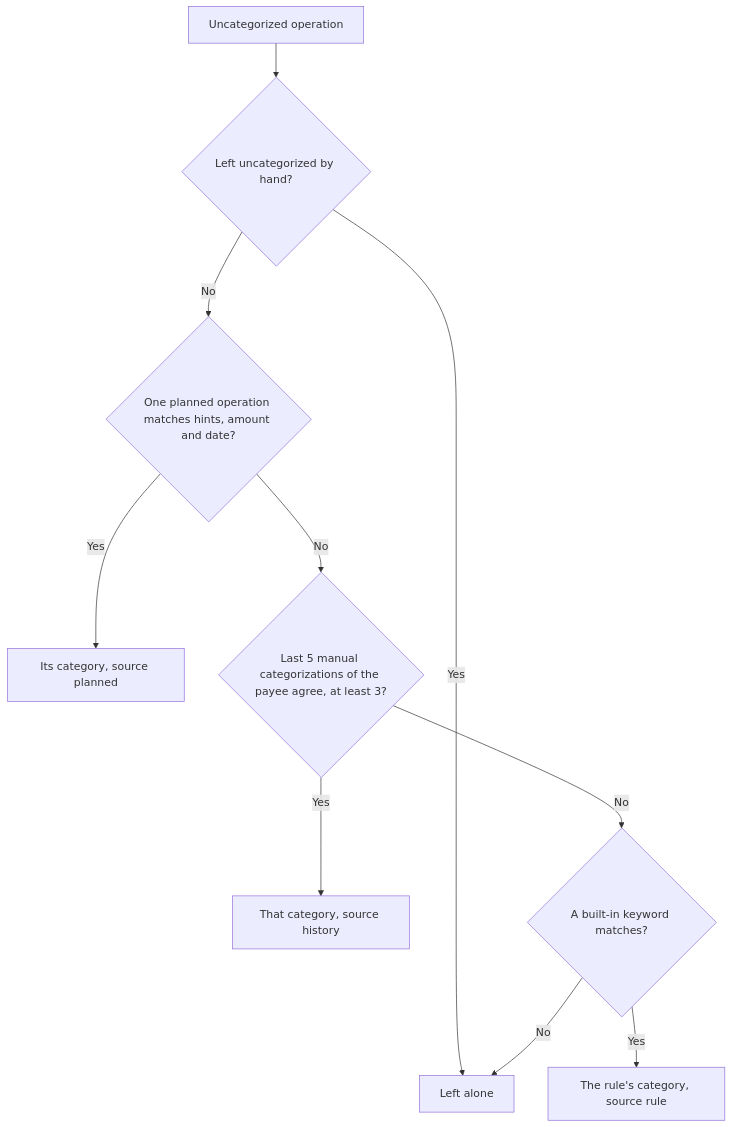
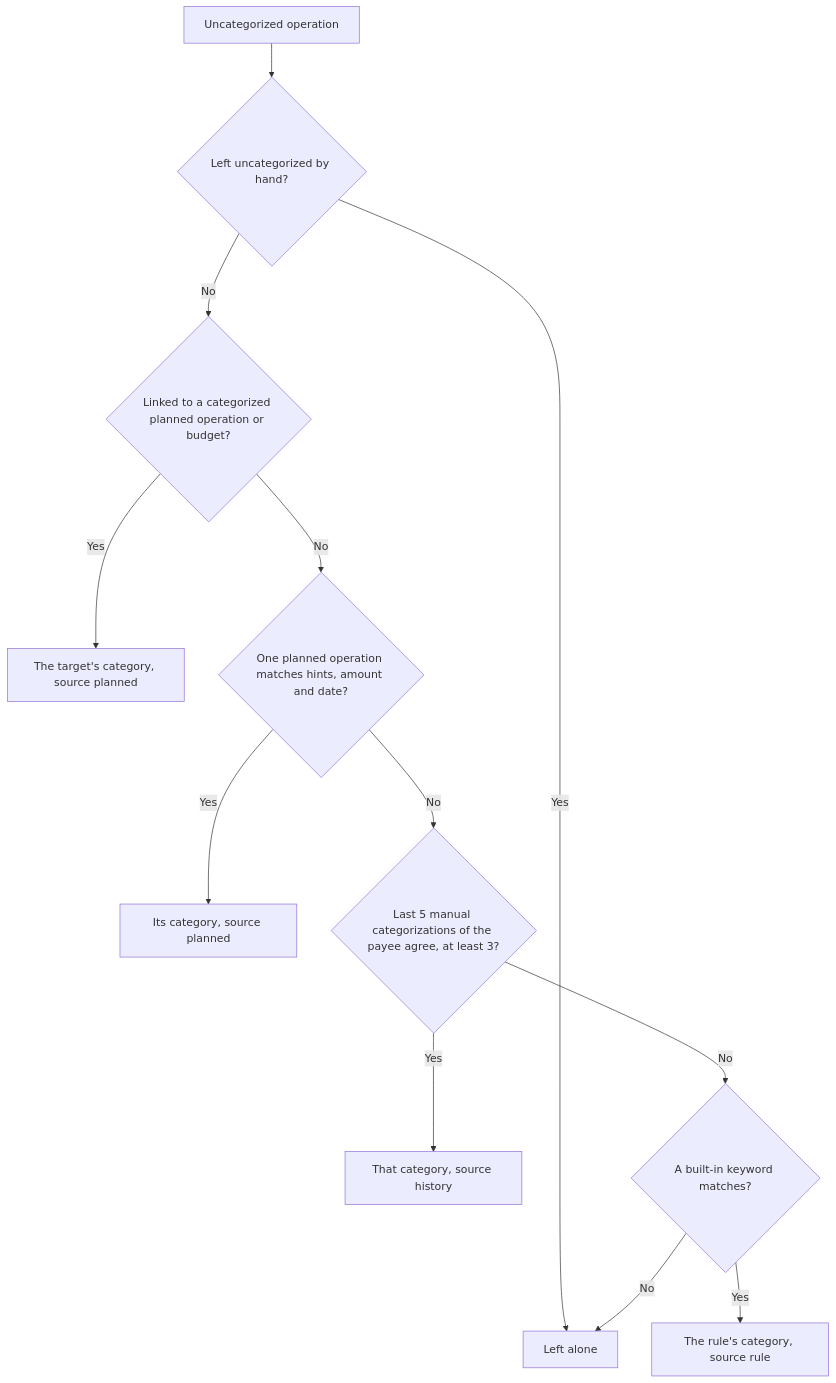
One commit to corentin-core/budget-forecaster changed the fifth of 7 diagrams in docs/dev/operations.md. Above: the diagram before and after it, drawn with Mermaid. The commit also changed 8 other files, not shown here.

First line of the commit message:
feat: Categorize a linked operation from its target (#392)

````diff
--- a/docs/dev/operations.md
+++ b/docs/dev/operations.md
@@ -184,12 +184,14 @@
 ```mermaid
 flowchart TD
     OP[Uncategorized operation] --> MANUAL{Left uncategorized by hand?}
     MANUAL -->|Yes| KEEP[Left alone]
-    MANUAL -->|No| PLANNED{One planned operation matches hints, amount and date?}
+    MANUAL -->|No| LINKED{Linked to a categorized planned operation or budget?}
+    LINKED -->|Yes| L[The target's category, source planned]
+    LINKED -->|No| PLANNED{One planned operation matches hints, amount and date?}
     PLANNED -->|Yes| P[Its category, source planned]
     PLANNED -->|No| HISTORY{Last 5 manual categorizations of the payee agree, at least 3?}
     HISTORY -->|Yes| H[That category, source history]
     HISTORY -->|No| RULE{A built-in keyword matches?}
     RULE -->|Yes| R[The rule's category, source rule]
     RULE -->|No| KEEP
 ```
````
